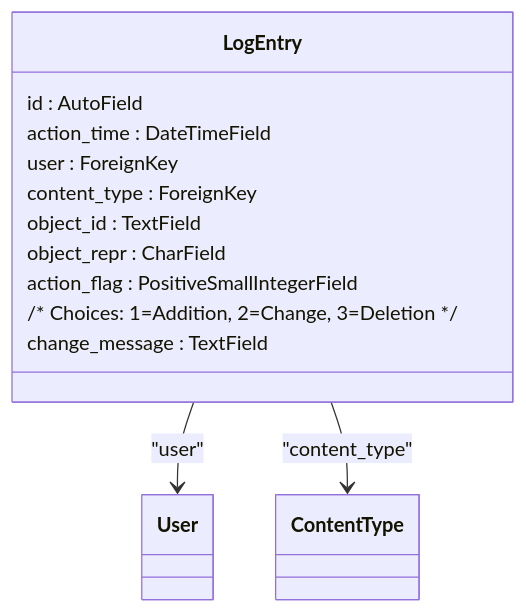
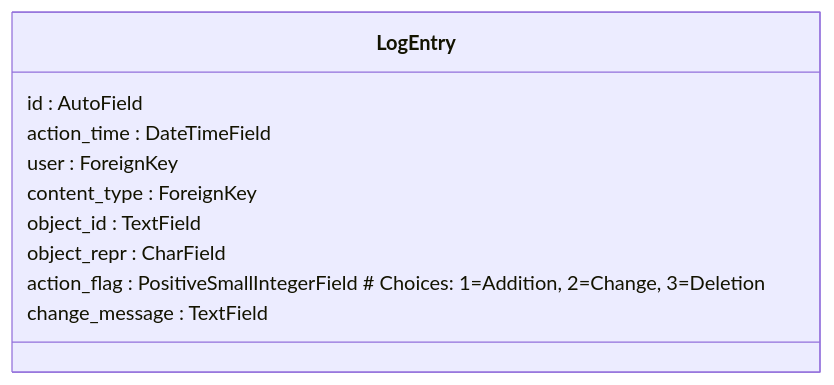
The diagram in store/mermaid_diagrams/admin.mmd (poetrydeveloper/repo_store_days), drawn with Mermaid before and after one commit. The commit also changed 57 other files, not shown here.

````diff
--- a/store/mermaid_diagrams/admin.mmd
+++ b/store/mermaid_diagrams/admin.mmd
@@ -1,16 +1,11 @@
-```mermaid
 classDiagram
     class LogEntry {
         id : AutoField
         action_time : DateTimeField
         user : ForeignKey
         content_type : ForeignKey
         object_id : TextField
         object_repr : CharField
-        action_flag : PositiveSmallIntegerField
-        /* Choices: 1=Addition, 2=Change, 3=Deletion */
+        action_flag : PositiveSmallIntegerField  # Choices: 1=Addition, 2=Change, 3=Deletion
         change_message : TextField
     }
-    LogEntry --> User : "user"
-    LogEntry --> ContentType : "content_type"
-```
````
